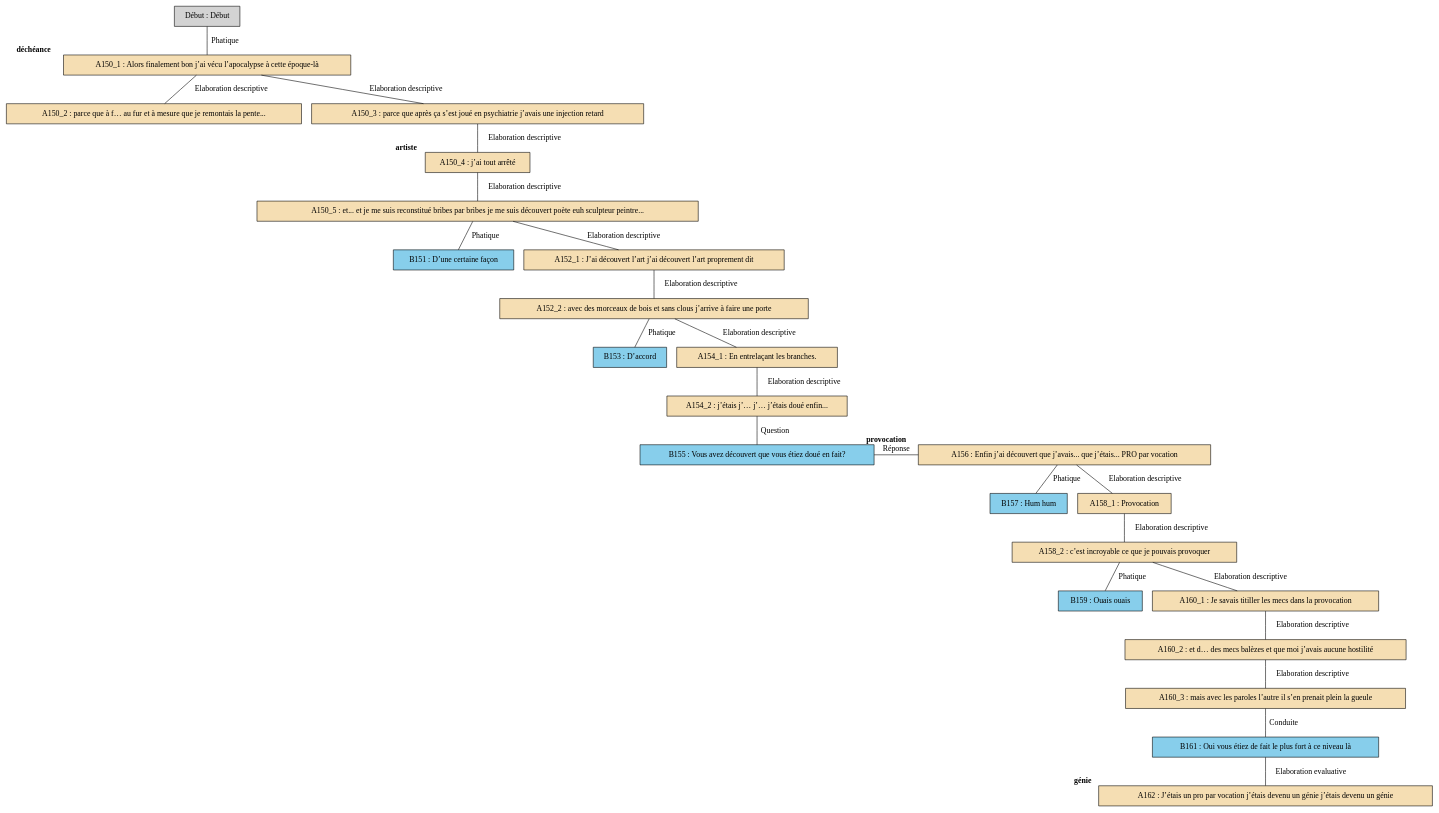
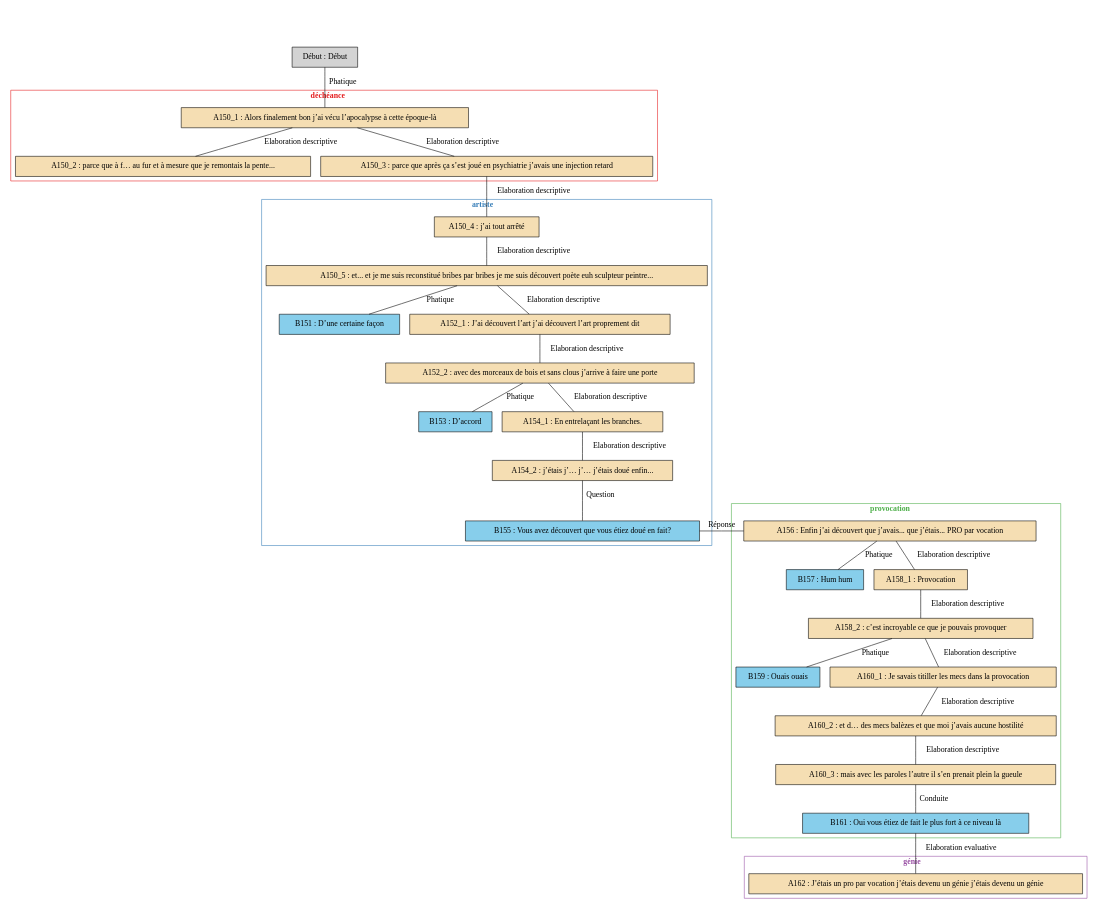
The diagram in arbres/Provocation/Provocation_-_A07.gv (AlaixComet/AnnotationSlamPTut), drawn with Graphviz before and after one commit. The commit also changed 243 other files, not shown here.

```diff
--- a/arbres/Provocation/Provocation_-_A07.gv
+++ b/arbres/Provocation/Provocation_-_A07.gv
@@ -1,53 +1,98 @@
 digraph A07 {
 	node [shape=box style=filled]
-	"Début" [label="Début : Début" xlabel=""]
-	A150_1 [label="A150_1 : Alors finalement bon j’ai vécu l’apocalypse à cette époque-là" fillcolor=wheat xlabel=<<B>déchéance</B>>]
-	A150_2 [label="A150_2 : parce que à f… au fur et à mesure que je remontais la pente..." fillcolor=wheat xlabel=""]
-	A150_3 [label="A150_3 : parce que après ça s’est joué en psychiatrie j’avais une injection retard" fillcolor=wheat xlabel=""]
-	A150_4 [label="A150_4 : j’ai tout arrêté" fillcolor=wheat xlabel=<<B>artiste</B>>]
-	A150_5 [label="A150_5 : et... et je me suis reconstitué bribes par bribes je me suis découvert poète euh sculpteur peintre..." fillcolor=wheat xlabel=""]
-	B151 [label="B151 : D’une certaine façon" fillcolor=skyblue xlabel=""]
-	A152_1 [label="A152_1 : J’ai découvert l’art j’ai découvert l’art proprement dit" fillcolor=wheat xlabel=""]
-	A152_2 [label="A152_2 : avec des morceaux de bois et sans clous j’arrive à faire une porte" fillcolor=wheat xlabel=""]
-	B153 [label="B153 : D’accord" fillcolor=skyblue xlabel=""]
-	A154_1 [label="A154_1 : En entrelaçant les branches." fillcolor=wheat xlabel=""]
-	A154_2 [label="A154_2 : j’étais j’… j’… j’étais doué enfin..." fillcolor=wheat xlabel=""]
-	B155 [label="B155 : Vous avez découvert que vous étiez doué en fait?" fillcolor=skyblue xlabel=""]
-	A156 [label="A156 : Enfin j’ai découvert que j’avais... que j’étais... PRO par vocation" fillcolor=wheat xlabel=<<B>provocation</B>>]
-	B157 [label="B157 : Hum hum" fillcolor=skyblue xlabel=""]
-	A158_1 [label="A158_1 : Provocation" fillcolor=wheat xlabel=""]
-	A158_2 [label="A158_2 : c’est incroyable ce que je pouvais provoquer" fillcolor=wheat xlabel=""]
-	B159 [label="B159 : Ouais ouais" fillcolor=skyblue xlabel=""]
-	A160_1 [label="A160_1 : Je savais titiller les mecs dans la provocation" fillcolor=wheat xlabel=""]
-	A160_2 [label="A160_2 : et d… des mecs balèzes et que moi j’avais aucune hostilité" fillcolor=wheat xlabel=""]
-	A160_3 [label="A160_3 : mais avec les paroles l’autre il s’en prenait plein la gueule" fillcolor=wheat xlabel=""]
-	B161 [label="B161 : Oui vous étiez de fait le plus fort à ce niveau là" fillcolor=skyblue xlabel=""]
-	A162 [label="A162 : J’étais un pro par vocation j’étais devenu un génie j’étais devenu un génie" fillcolor=wheat xlabel=<<B>génie</B>>]
-	"Début" -> A150_1 [label=Phatique dir=none]
-	A150_1 -> A150_2 [label="Elaboration descriptive" dir=none]
-	A150_1 -> A150_3 [label="Elaboration descriptive" dir=none]
-	A150_3 -> A150_4 [label="Elaboration descriptive" dir=none]
-	A150_4 -> A150_5 [label="Elaboration descriptive" dir=none]
-	A150_5 -> B151 [label=Phatique dir=none]
-	A150_5 -> A152_1 [label="Elaboration descriptive" dir=none]
-	A152_1 -> A152_2 [label="Elaboration descriptive" dir=none]
-	A152_2 -> B153 [label=Phatique dir=none]
-	A152_2 -> A154_1 [label="Elaboration descriptive" dir=none]
-	A154_1 -> A154_2 [label="Elaboration descriptive" dir=none]
-	A154_2 -> B155 [label=Question dir=none]
-	{
-		rank=same
+	newrank=true
+	zero [style=invis]
+	"Début" [label="Début : Début"]
+	A150_1 [label="A150_1 : Alors finalement bon j’ai vécu l’apocalypse à cette époque-là" fillcolor=wheat]
+	A150_2 [label="A150_2 : parce que à f… au fur et à mesure que je remontais la pente..." fillcolor=wheat]
+	A150_3 [label="A150_3 : parce que après ça s’est joué en psychiatrie j’avais une injection retard" fillcolor=wheat]
+	A150_4 [label="A150_4 : j’ai tout arrêté" fillcolor=wheat]
+	A150_5 [label="A150_5 : et... et je me suis reconstitué bribes par bribes je me suis découvert poète euh sculpteur peintre..." fillcolor=wheat]
+	B151 [label="B151 : D’une certaine façon" fillcolor=skyblue]
+	A152_1 [label="A152_1 : J’ai découvert l’art j’ai découvert l’art proprement dit" fillcolor=wheat]
+	A152_2 [label="A152_2 : avec des morceaux de bois et sans clous j’arrive à faire une porte" fillcolor=wheat]
+	B153 [label="B153 : D’accord" fillcolor=skyblue]
+	A154_1 [label="A154_1 : En entrelaçant les branches." fillcolor=wheat]
+	A154_2 [label="A154_2 : j’étais j’… j’… j’étais doué enfin..." fillcolor=wheat]
+	B155 [label="B155 : Vous avez découvert que vous étiez doué en fait?" fillcolor=skyblue]
+	A156 [label="A156 : Enfin j’ai découvert que j’avais... que j’étais... PRO par vocation" fillcolor=wheat]
+	B157 [label="B157 : Hum hum" fillcolor=skyblue]
+	A158_1 [label="A158_1 : Provocation" fillcolor=wheat]
+	A158_2 [label="A158_2 : c’est incroyable ce que je pouvais provoquer" fillcolor=wheat]
+	B159 [label="B159 : Ouais ouais" fillcolor=skyblue]
+	A160_1 [label="A160_1 : Je savais titiller les mecs dans la provocation" fillcolor=wheat]
+	A160_2 [label="A160_2 : et d… des mecs balèzes et que moi j’avais aucune hostilité" fillcolor=wheat]
+	A160_3 [label="A160_3 : mais avec les paroles l’autre il s’en prenait plein la gueule" fillcolor=wheat]
+	B161 [label="B161 : Oui vous étiez de fait le plus fort à ce niveau là" fillcolor=skyblue]
+	A162 [label="A162 : J’étais un pro par vocation j’étais devenu un génie j’étais devenu un génie" fillcolor=wheat]
+	zero -> "Début" [label="" style=invis]
+	"Début" -> A150_1 [label=Phatique dir=none weight=2]
+	A150_1 -> A150_2 [label="Elaboration descriptive" dir=none weight=2]
+	A150_1 -> A150_3 [label="Elaboration descriptive" dir=none weight=2]
+	A150_3 -> A150_4 [label="Elaboration descriptive" dir=none weight=2]
+	A150_4 -> A150_5 [label="Elaboration descriptive" dir=none weight=2]
+	A150_5 -> B151 [label=Phatique dir=none weight=2]
+	A150_5 -> A152_1 [label="Elaboration descriptive" dir=none weight=2]
+	A152_1 -> A152_2 [label="Elaboration descriptive" dir=none weight=2]
+	A152_2 -> B153 [label=Phatique dir=none weight=2]
+	A152_2 -> A154_1 [label="Elaboration descriptive" dir=none weight=2]
+	A154_1 -> A154_2 [label="Elaboration descriptive" dir=none weight=2]
+	A154_2 -> B155 [label=Question dir=none weight=2]
+	A154_2 -> A156 [style=invis weight=1]
+	B155 -> A156 [label="Réponse" constraint=false dir=none]
+	A156 -> B157 [label=Phatique dir=none weight=2]
+	A156 -> A158_1 [label="Elaboration descriptive" dir=none weight=2]
+	A158_1 -> A158_2 [label="Elaboration descriptive" dir=none weight=2]
+	A158_2 -> B159 [label=Phatique dir=none weight=2]
+	A158_2 -> A160_1 [label="Elaboration descriptive" dir=none weight=2]
+	A160_1 -> A160_2 [label="Elaboration descriptive" dir=none weight=2]
+	A160_2 -> A160_3 [label="Elaboration descriptive" dir=none weight=2]
+	B161 -> A162 [label="Elaboration evaluative" dir=none weight=2]
+	A160_3 -> B161 [label=Conduite dir=none weight=2]
+	subgraph cluster_1 {
+		label=<<B>déchéance</B>>
+		colorscheme=set19
+		color=1
+		fontcolor=1
+		A150_1
+		A150_2
+		A150_3
+	}
+	subgraph cluster_2 {
+		label=<<B>artiste</B>>
+		colorscheme=set19
+		color=2
+		fontcolor=2
+		A150_4
+		A150_5
+		B151
+		A152_1
+		A152_2
+		B153
+		A154_1
+		A154_2
 		B155
+	}
+	subgraph cluster_3 {
+		label=<<B>provocation</B>>
+		colorscheme=set19
+		color=3
+		fontcolor=3
 		A156
-		B155 -> A156 [label="Réponse" dir=none]
+		B157
+		A158_1
+		A158_2
+		B159
+		A160_1
+		A160_2
+		A160_3
+		B161
 	}
-	A156 -> B157 [label=Phatique dir=none]
-	A156 -> A158_1 [label="Elaboration descriptive" dir=none]
-	A158_1 -> A158_2 [label="Elaboration descriptive" dir=none]
-	A158_2 -> B159 [label=Phatique dir=none]
-	A158_2 -> A160_1 [label="Elaboration descriptive" dir=none]
-	A160_1 -> A160_2 [label="Elaboration descriptive" dir=none]
-	A160_2 -> A160_3 [label="Elaboration descriptive" dir=none]
-	B161 -> A162 [label="Elaboration evaluative" dir=none]
-	A160_3 -> B161 [label=Conduite dir=none]
+	subgraph cluster_4 {
+		label=<<B>génie</B>>
+		colorscheme=set19
+		color=4
+		fontcolor=4
+		A162
+	}
 }
```
